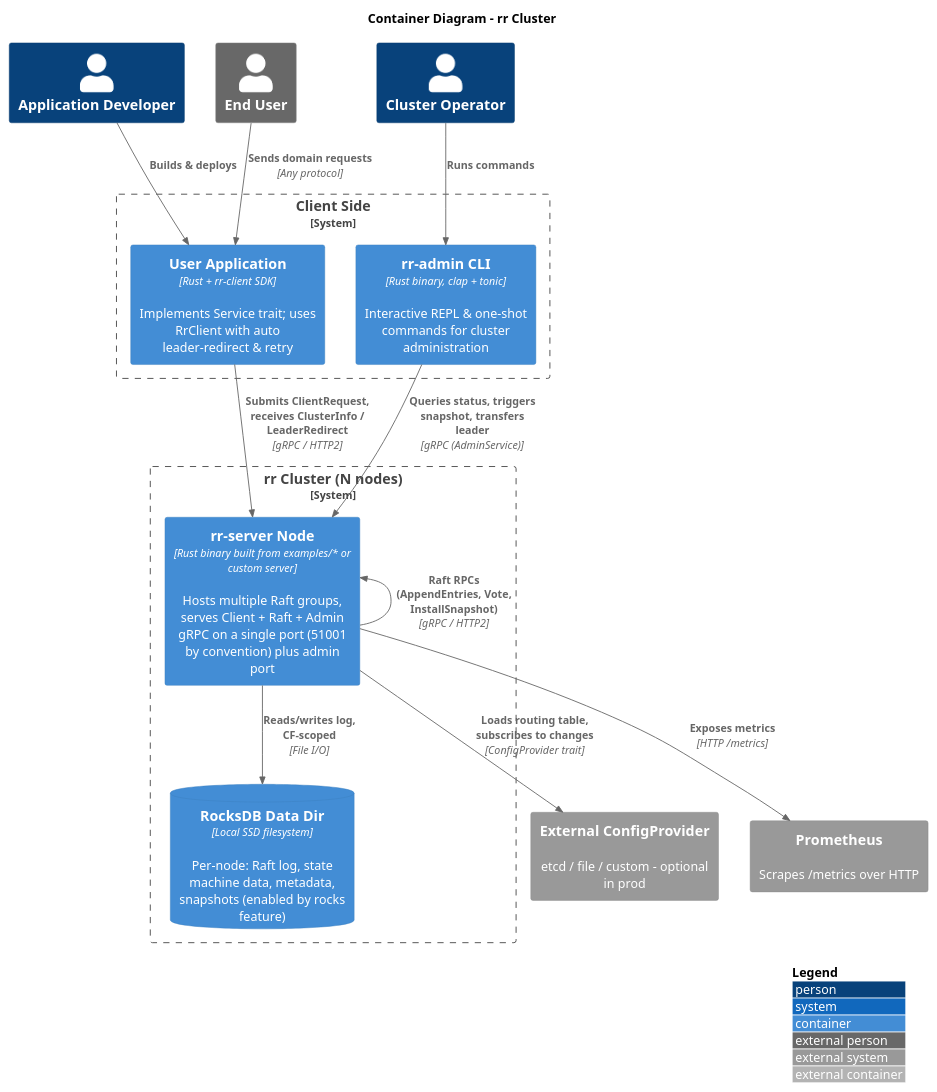
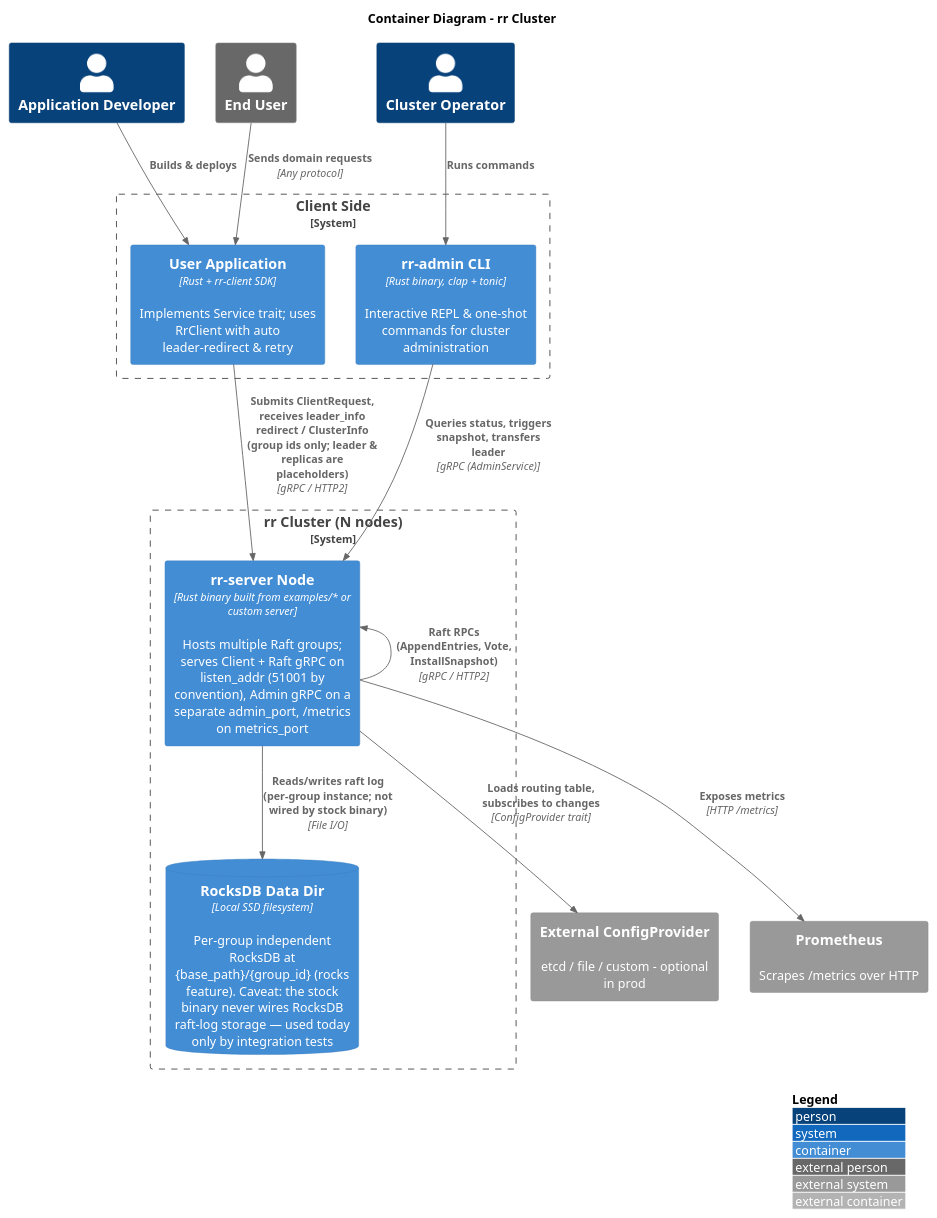
The diagram in docs/docs/architecture/c4/containers.md (gardenias/rr), drawn with PlantUML before and after one commit. The commit also changed other lines of this file and 18 other files, not shown here.

First line of the commit message:
docs(architecture): correct factual drift against current code

````diff
--- a/docs/docs/architecture/c4/containers.md
+++ b/docs/docs/architecture/c4/containers.md
@@ -15,38 +15,38 @@
 ```plantuml
 @startuml
 !include <C4/C4_Container.puml>
 
 title Container Diagram - rr Cluster
 
 Person(developer, "Application Developer")
 Person(operator, "Cluster Operator")
 Person_Ext(end_user, "End User")
 
 System_Boundary(client_side, "Client Side") {
   Container(user_app, "User Application", "Rust + rr-client SDK", "Implements Service trait; uses RrClient with auto leader-redirect & retry")
   Container(admin_cli, "rr-admin CLI", "Rust binary, clap + tonic", "Interactive REPL & one-shot commands for cluster administration")
 }
 
 System_Boundary(cluster, "rr Cluster (N nodes)") {
-  Container(rr_node, "rr-server Node", "Rust binary built from examples/* or custom server", "Hosts multiple Raft groups, serves Client + Raft + Admin gRPC on a single port (51001 by convention) plus admin port")
-  ContainerDb(rocks, "RocksDB Data Dir", "Local SSD filesystem", "Per-node: Raft log, state machine data, metadata, snapshots (enabled by rocks feature)")
+  Container(rr_node, "rr-server Node", "Rust binary built from examples/* or custom server", "Hosts multiple Raft groups; serves Client + Raft gRPC on listen_addr (51001 by convention), Admin gRPC on a separate admin_port, /metrics on metrics_port")
+  ContainerDb(rocks, "RocksDB Data Dir", "Local SSD filesystem", "Per-group independent RocksDB at {base_path}/{group_id} (rocks feature). Caveat: the stock binary never wires RocksDB raft-log storage — used today only by integration tests")
 }
 
 System_Ext(prometheus, "Prometheus", "Scrapes /metrics over HTTP")
 System_Ext(config_store, "External ConfigProvider", "etcd / file / custom - optional in prod")
 
 Rel(end_user, user_app, "Sends domain requests", "Any protocol")
-Rel(user_app, rr_node, "Submits ClientRequest, receives ClusterInfo / LeaderRedirect", "gRPC / HTTP2")
+Rel(user_app, rr_node, "Submits ClientRequest, receives leader_info redirect / ClusterInfo (group ids only; leader & replicas are placeholders)", "gRPC / HTTP2")
 Rel(admin_cli, rr_node, "Queries status, triggers snapshot, transfers leader", "gRPC (AdminService)")
 
 Rel_U(rr_node, rr_node, "Raft RPCs (AppendEntries, Vote, InstallSnapshot)", "gRPC / HTTP2")
-Rel(rr_node, rocks, "Reads/writes log, CF-scoped", "File I/O")
+Rel(rr_node, rocks, "Reads/writes raft log (per-group instance; not wired by stock binary)", "File I/O")
 Rel(rr_node, config_store, "Loads routing table, subscribes to changes", "ConfigProvider trait")
 Rel(rr_node, prometheus, "Exposes metrics", "HTTP /metrics")
 
 Rel(developer, user_app, "Builds & deploys")
 Rel(operator, admin_cli, "Runs commands")
 
 LAYOUT_WITH_LEGEND()
 @enduml
 ```
````
